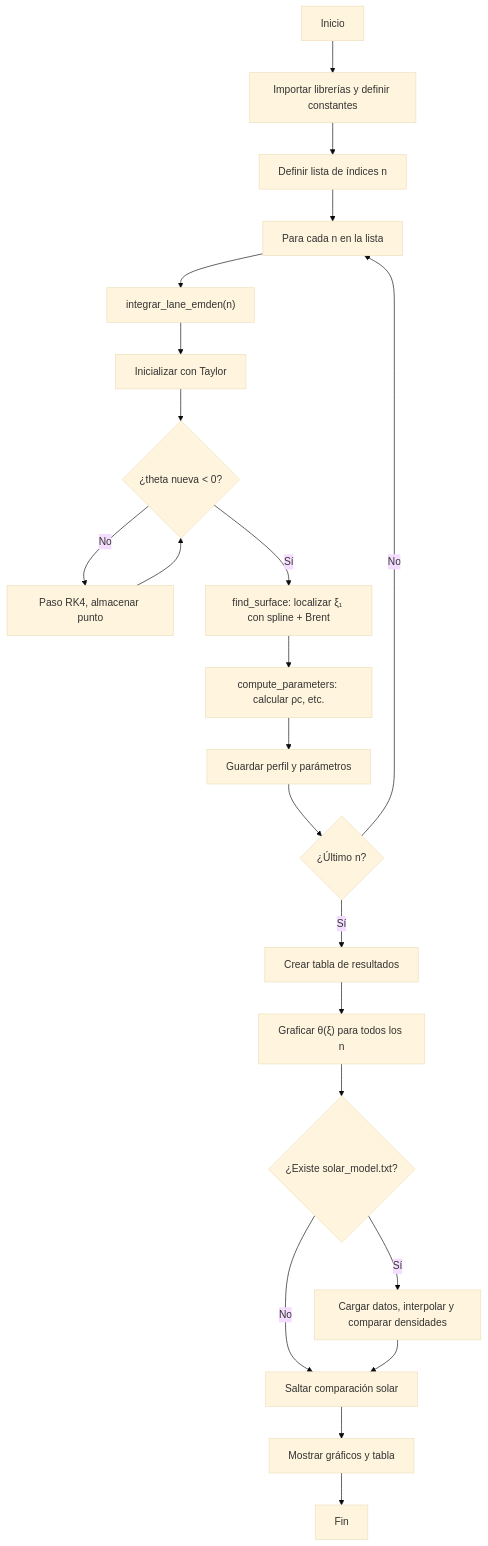
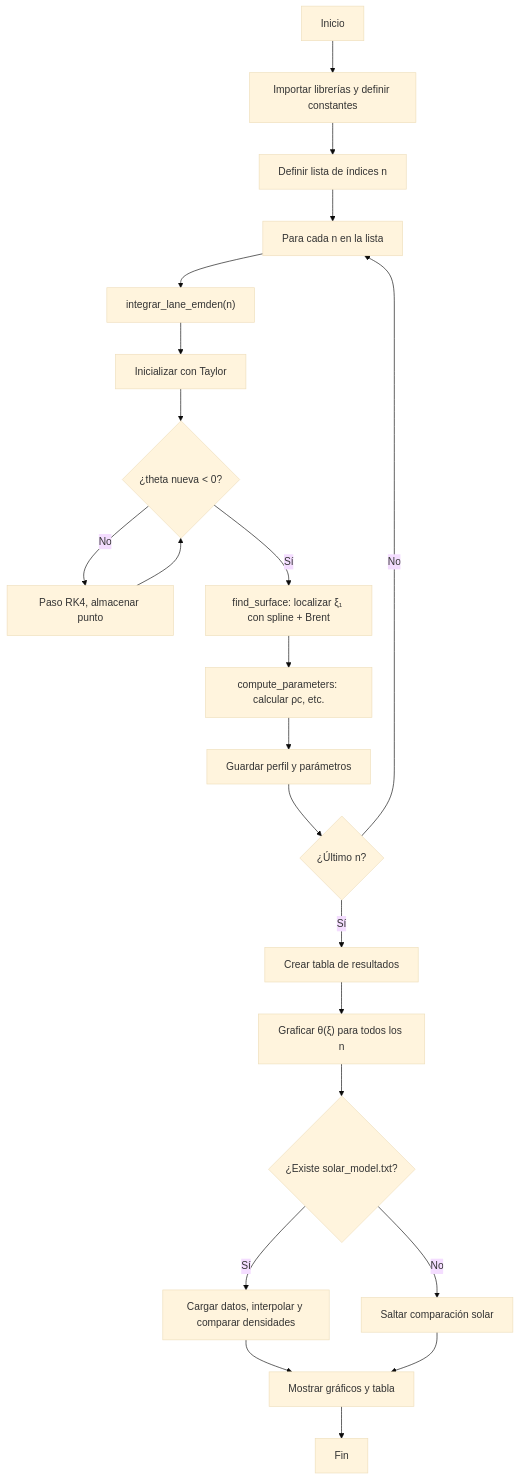
Before and after one commit to Ronaldlop/Computational-Astrophysics: the diagram in Lane_Edem_Project/readme.md, drawn with Mermaid (base theme). The commit also changed 3 other files, not shown here.

```diff
--- a/Lane_Edem_Project/readme.md
+++ b/Lane_Edem_Project/readme.md
@@ -1,24 +1,24 @@
 ::: mermaid
 flowchart TD
     A[Inicio] --> B[Importar librerías y definir constantes]
     B --> C[Definir lista de índices n]
     C --> D[Para cada n en la lista]
     D --> E["integrar_lane_emden(n)"]
     E --> F["Inicializar con Taylor"]
     F --> G{"¿theta nueva < 0?"}
     G -- No --> H[Paso RK4, almacenar punto]
     H --> G
     G -- Sí --> I["find_surface: localizar ξ₁ con spline + Brent"]
     I --> J["compute_parameters: calcular ρc, etc."]
     J --> K[Guardar perfil y parámetros]
     K --> L{"¿Último n?"}
     L -- No --> D
     L -- Sí --> M[Crear tabla de resultados]
     M --> N["Graficar θ(ξ) para todos los n"]
     N --> O{"¿Existe solar_model.txt?"}
     O -- Sí --> P[Cargar datos, interpolar y comparar densidades]
     O -- No --> Q[Saltar comparación solar]
-    P --> Q
+    P --> R[Mostrar gráficos y tabla]
     Q --> R[Mostrar gráficos y tabla]
     R --> S[Fin]
 :::
```
